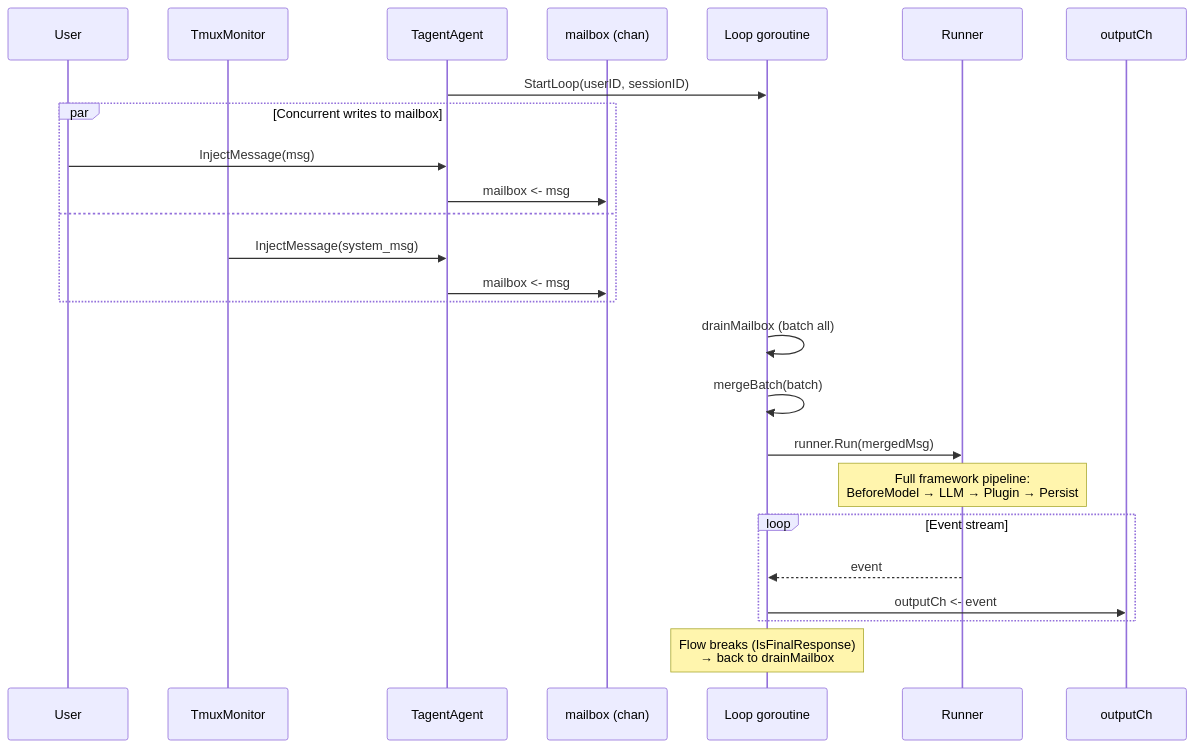
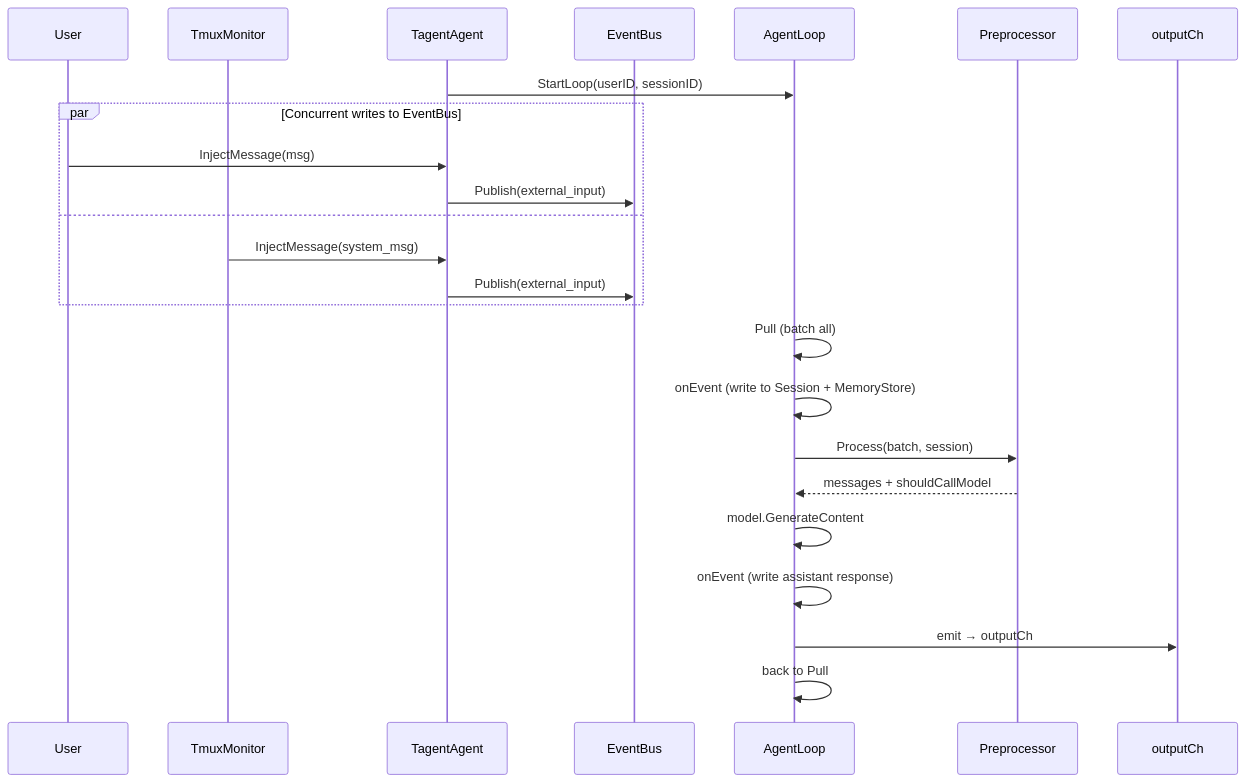
One commit to SpellingDragon/tagent changed the sixth of 8 diagrams in README_EN.md. Above: the diagram before and after it, drawn with Mermaid. The commit also changed other lines of this file and 8 other files, not shown here.

First line of the commit message:
docs: align wiki and README with event-driven architecture

````diff
--- a/README_EN.md
+++ b/README_EN.md
@@ -308,33 +316,29 @@
 ```mermaid
 sequenceDiagram
     participant U as User
     participant TM as TmuxMonitor
     participant TA as TagentAgent
-    participant MB as mailbox (chan)
-    participant L as Loop goroutine
-    participant R as Runner
+    participant EB as EventBus
+    participant AL as AgentLoop
+    participant PP as Preprocessor
     participant OC as outputCh
 
-    TA->>L: StartLoop(userID, sessionID)
+    TA->>AL: StartLoop(userID, sessionID)
 
-    par Concurrent writes to mailbox
+    par Concurrent writes to EventBus
         U->>TA: InjectMessage(msg)
-        TA->>MB: mailbox <- msg
+        TA->>EB: Publish(external_input)
     and
         TM->>TA: InjectMessage(system_msg)
-        TA->>MB: mailbox <- msg
+        TA->>EB: Publish(external_input)
     end
 
-    L->>L: drainMailbox (batch all)
-    L->>L: mergeBatch(batch)
-    L->>R: runner.Run(mergedMsg)
-
-    Note over R: Full framework pipeline:<br/>BeforeModel → LLM → Plugin → Persist
-
-    loop Event stream
-        R-->>L: event
-        L->>OC: outputCh <- event
-    end
-
-    Note over L: Flow breaks (IsFinalResponse)<br/>→ back to drainMailbox
+    AL->>AL: Pull (batch all)
+    AL->>AL: onEvent (write to Session + MemoryStore)
+    AL->>PP: Process(batch, session)
+    PP-->>AL: messages + shouldCallModel
+    AL->>AL: model.GenerateContent
+    AL->>AL: onEvent (write assistant response)
+    AL->>OC: emit → outputCh
+    AL->>AL: back to Pull
 ```
````
